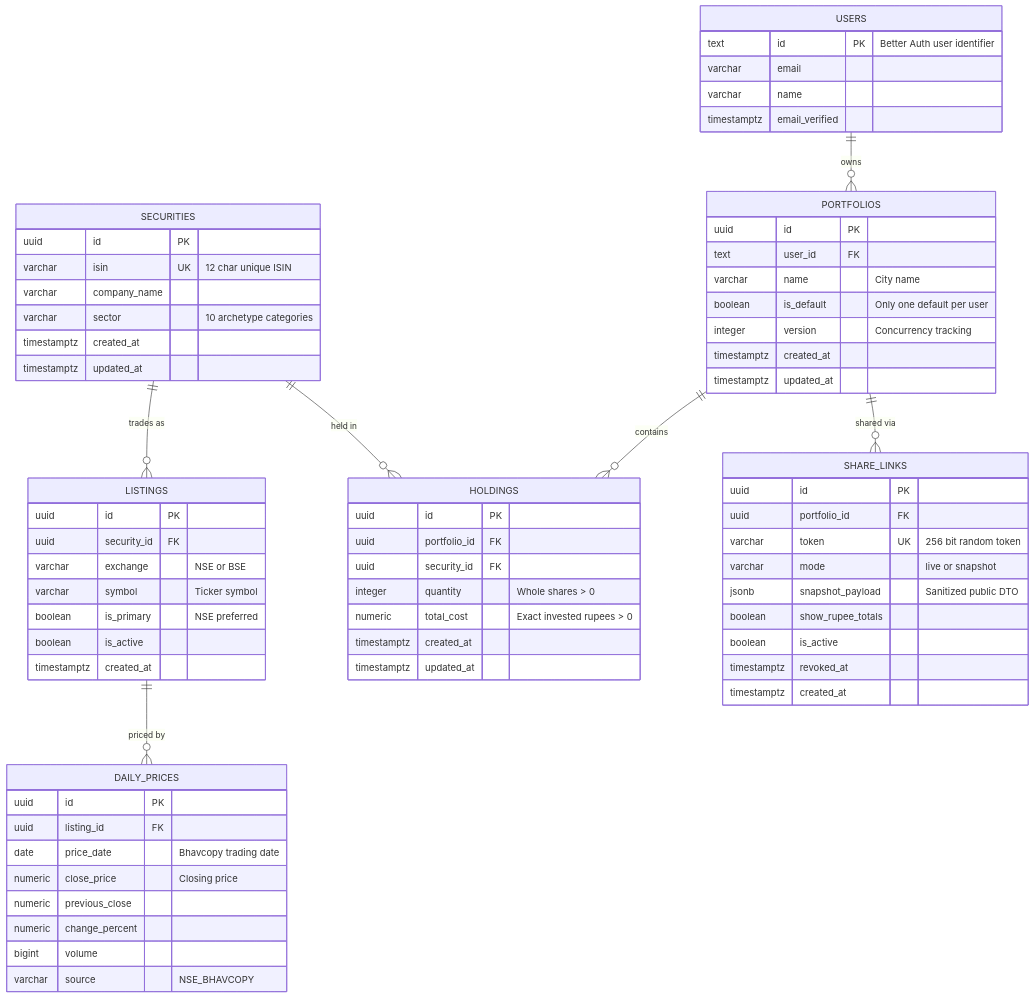
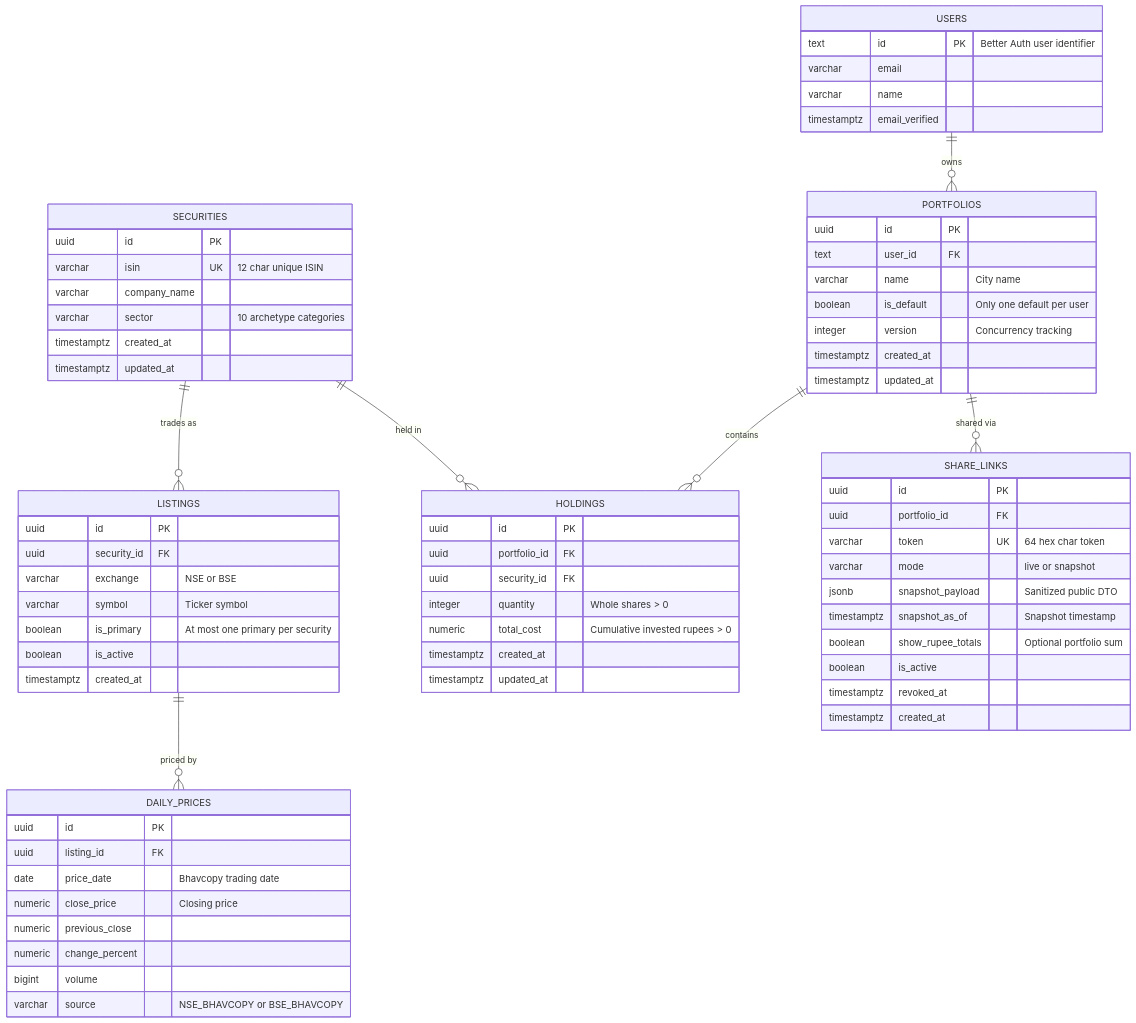
The first of 4 diagrams in foliocity-data-model-diagrams.md (shubhamxdd/sto-viz), drawn with Mermaid before and after one commit. The commit also changed other lines of this file and 1 other file, not shown here.

Commit message:
docs(spec): harden data model and diagrams based on codex cli verification

````diff
--- a/foliocity-data-model-diagrams.md
+++ b/foliocity-data-model-diagrams.md
@@ -7,78 +7,79 @@
 ```mermaid
 erDiagram
     SECURITIES ||--o{ LISTINGS : "trades as"
     SECURITIES ||--o{ HOLDINGS : "held in"
     LISTINGS ||--o{ DAILY_PRICES : "priced by"
     USERS ||--o{ PORTFOLIOS : "owns"
     PORTFOLIOS ||--o{ HOLDINGS : "contains"
     PORTFOLIOS ||--o{ SHARE_LINKS : "shared via"
 
     SECURITIES {
         uuid id PK
         varchar isin UK "12 char unique ISIN"
         varchar company_name
         varchar sector "10 archetype categories"
         timestamptz created_at
         timestamptz updated_at
     }
 
     LISTINGS {
         uuid id PK
         uuid security_id FK
         varchar exchange "NSE or BSE"
         varchar symbol "Ticker symbol"
-        boolean is_primary "NSE preferred"
+        boolean is_primary "At most one primary per security"
         boolean is_active
         timestamptz created_at
     }
 
     DAILY_PRICES {
         uuid id PK
         uuid listing_id FK
         date price_date "Bhavcopy trading date"
         numeric close_price "Closing price"
         numeric previous_close
         numeric change_percent
         bigint volume
-        varchar source "NSE_BHAVCOPY"
+        varchar source "NSE_BHAVCOPY or BSE_BHAVCOPY"
     }
 
     USERS {
         text id PK "Better Auth user identifier"
         varchar email
         varchar name
         timestamptz email_verified
     }
 
     PORTFOLIOS {
         uuid id PK
         text user_id FK
         varchar name "City name"
         boolean is_default "Only one default per user"
         integer version "Concurrency tracking"
         timestamptz created_at
         timestamptz updated_at
     }
 
     HOLDINGS {
         uuid id PK
         uuid portfolio_id FK
         uuid security_id FK
         integer quantity "Whole shares > 0"
-        numeric total_cost "Exact invested rupees > 0"
+        numeric total_cost "Cumulative invested rupees > 0"
         timestamptz created_at
         timestamptz updated_at
     }
 
     SHARE_LINKS {
         uuid id PK
         uuid portfolio_id FK
-        varchar token UK "256 bit random token"
+        varchar token UK "64 hex char token"
         varchar mode "live or snapshot"
         jsonb snapshot_payload "Sanitized public DTO"
-        boolean show_rupee_totals
+        timestamptz snapshot_as_of "Snapshot timestamp"
+        boolean show_rupee_totals "Optional portfolio sum"
         boolean is_active
         timestamptz revoked_at
         timestamptz created_at
     }
 ```
````
